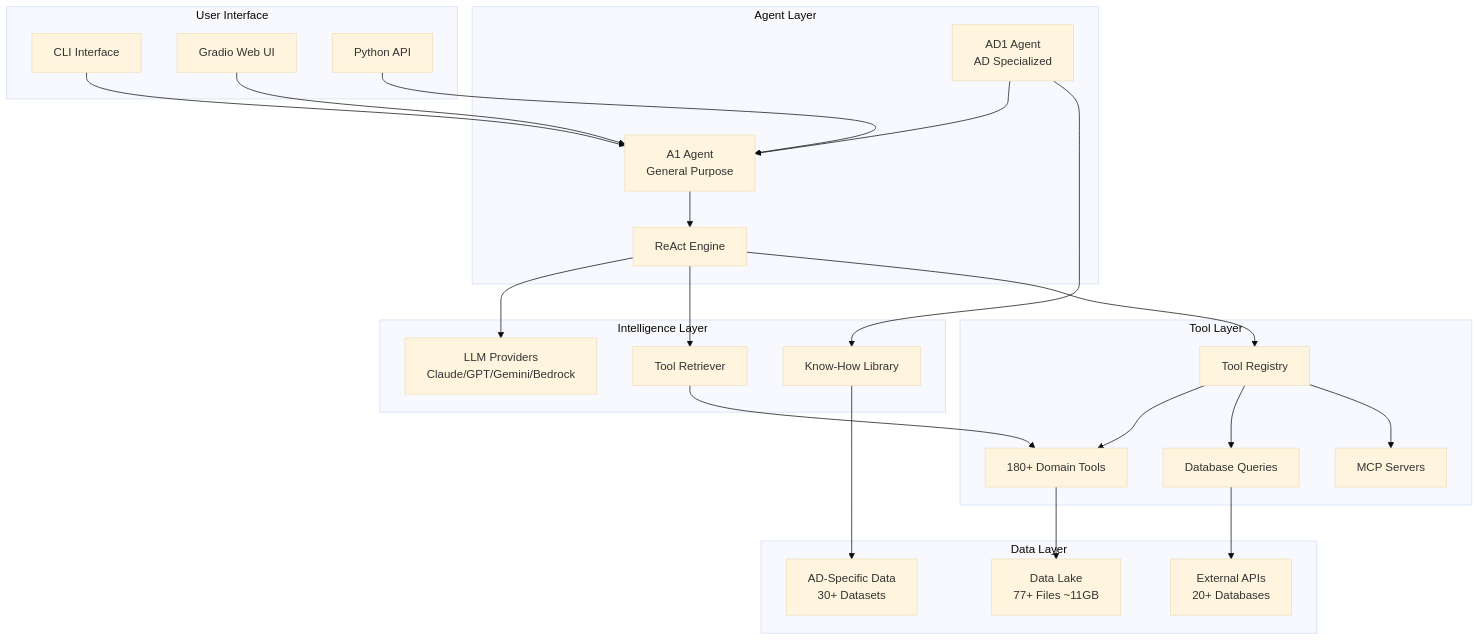
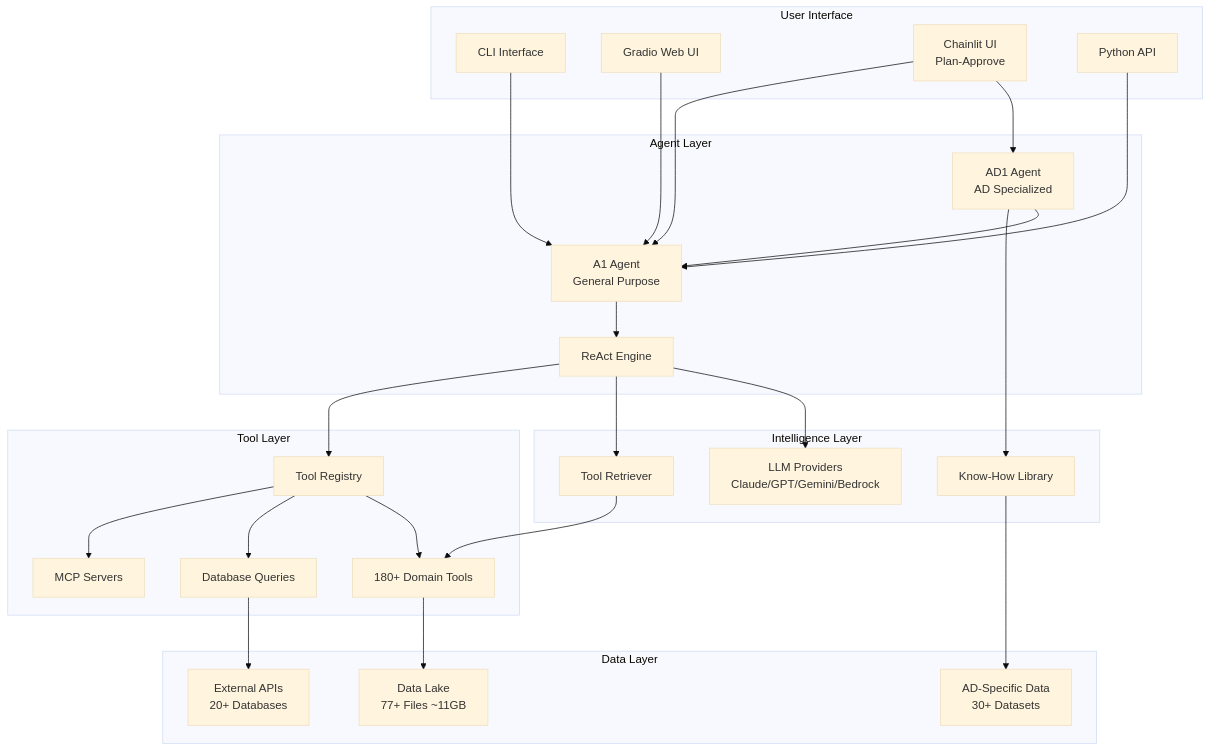
Before and after one commit to Kaimen-Inc/Biomni-AD: the first of 2 diagrams in ARCHITECTURE.md, drawn with Mermaid (base theme). The commit also changed other lines of this file and 5 other files, not shown here.

````diff
--- a/ARCHITECTURE.md
+++ b/ARCHITECTURE.md
@@ -24,50 +28,53 @@
 ```mermaid
 graph TB
     subgraph User Interface
         CLI[CLI Interface]
         Gradio[Gradio Web UI]
+        Chainlit[Chainlit UI<br/>Plan-Approve]
         API[Python API]
     end
     
     subgraph Agent Layer
         A1[A1 Agent<br/>General Purpose]
         AD1[AD1 Agent<br/>AD Specialized]
         ReAct[ReAct Engine]
     end
     
     subgraph Intelligence Layer
         LLM[LLM Providers<br/>Claude/GPT/Gemini/Bedrock]
         Retriever[Tool Retriever]
         KnowHow[Know-How Library]
     end
     
     subgraph Tool Layer
         ToolRegistry[Tool Registry]
         Tools[180+ Domain Tools]
         Database[Database Queries]
         MCP[MCP Servers]
     end
     
     subgraph Data Layer
         DataLake[Data Lake<br/>77+ Files ~11GB]
         ADData[AD-Specific Data<br/>30+ Datasets]
         External[External APIs<br/>20+ Databases]
     end
     
     CLI --> A1
     Gradio --> A1
+    Chainlit --> AD1
+    Chainlit --> A1
     API --> A1
     A1 --> ReAct
     AD1 --> A1
     AD1 --> KnowHow
     ReAct --> LLM
     ReAct --> Retriever
     ReAct --> ToolRegistry
     Retriever --> Tools
     ToolRegistry --> Tools
     ToolRegistry --> Database
     ToolRegistry --> MCP
     Tools --> DataLake
     Database --> External
     KnowHow --> ADData
 ```
````
